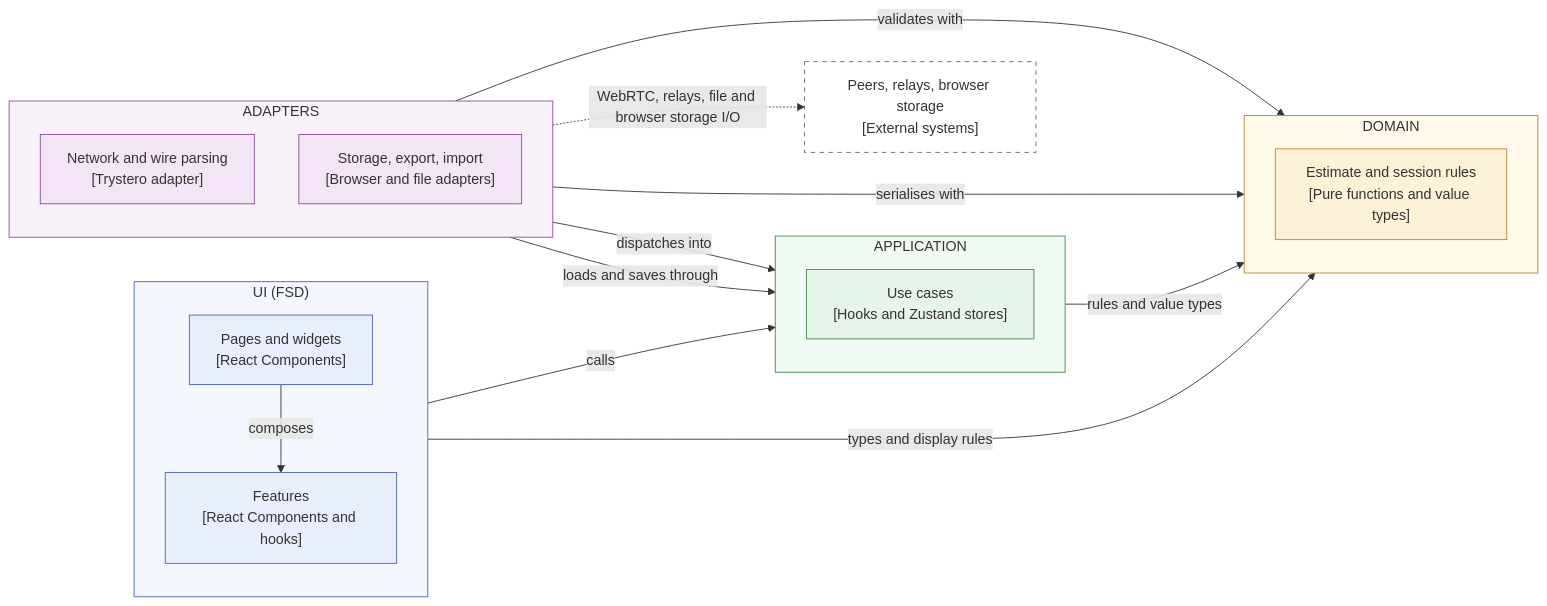
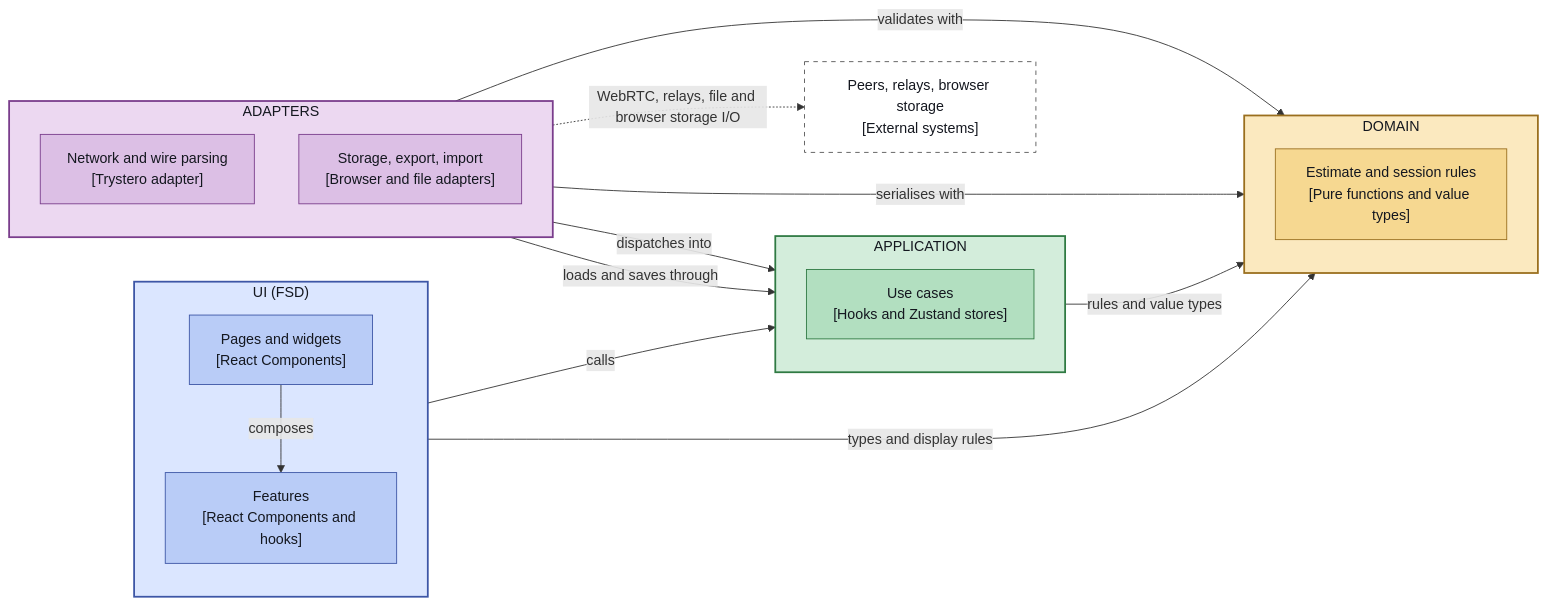
The diagram in docs/adr/009-architecture-style-fsd-vs-hexagonal-core.md (cfisch3r/estimate), drawn with Mermaid before and after one commit.

Commit message:
docs: make ADR-009 diagram colours readable in light and dark mode

````diff
--- a/docs/adr/009-architecture-style-fsd-vs-hexagonal-core.md
+++ b/docs/adr/009-architecture-style-fsd-vs-hexagonal-core.md
@@ -73,45 +73,45 @@
 ```mermaid
 flowchart LR
   subgraph UI["UI (FSD)"]
     direction TB
     Pages["Pages and widgets<br/>[React Components]"]
     Features["Features<br/>[React Components and hooks]"]
   end
   subgraph APP["APPLICATION"]
     direction TB
     UseCases["Use cases<br/>[Hooks and Zustand stores]"]
   end
   subgraph DOM["DOMAIN"]
     direction TB
     Core["Estimate and session rules<br/>[Pure functions and value types]"]
   end
   subgraph AD["ADAPTERS"]
     direction TB
     Net["Network and wire parsing<br/>[Trystero adapter]"]
     Store["Storage, export, import<br/>[Browser and file adapters]"]
   end
   Ext["Peers, relays, browser storage<br/>[External systems]"]
   Pages -->|composes| Features
   Features -->|calls| UseCases
   Features -->|types and display rules| Core
   UseCases -->|rules and value types| Core
   Net -->|dispatches into| UseCases
   Store -->|loads and saves through| UseCases
   Net -->|validates with| Core
   Store -->|serialises with| Core
   AD -.->|WebRTC, relays, file and browser storage I/O| Ext
-  style UI fill:#f4f7fe,stroke:#4a63b8
-  style APP fill:#f2faf4,stroke:#3b8a4f
-  style DOM fill:#fff9ea,stroke:#b8862e
-  style AD fill:#faf2fb,stroke:#8a4a9c
-  classDef ui fill:#e8eefc,stroke:#4a63b8
-  classDef app fill:#e6f4ea,stroke:#3b8a4f
-  classDef dom fill:#fdf1d8,stroke:#b8862e
-  classDef ad fill:#f3e5f5,stroke:#8a4a9c
-  classDef ext fill:#ffffff,stroke:#666666,stroke-dasharray: 5 5
+  style UI fill:#dbe6ff,stroke:#3d56a6,stroke-width:2px,color:#14171f
+  style APP fill:#d3eddb,stroke:#2f7a43,stroke-width:2px,color:#14171f
+  style DOM fill:#fbe9bf,stroke:#9a6f1e,stroke-width:2px,color:#14171f
+  style AD fill:#ecd8f1,stroke:#7a3d8c,stroke-width:2px,color:#14171f
+  classDef ui fill:#b9ccf7,stroke:#3d56a6,color:#14171f
+  classDef app fill:#b2dfc0,stroke:#2f7a43,color:#14171f
+  classDef dom fill:#f6d891,stroke:#9a6f1e,color:#14171f
+  classDef ad fill:#dcbfe5,stroke:#7a3d8c,color:#14171f
+  classDef ext fill:#ffffff,stroke:#555555,color:#14171f,stroke-dasharray: 5 5
   class Pages,Features ui
   class UseCases app
   class Core dom
   class Net,Store ad
   class Ext ext
 ```
````
